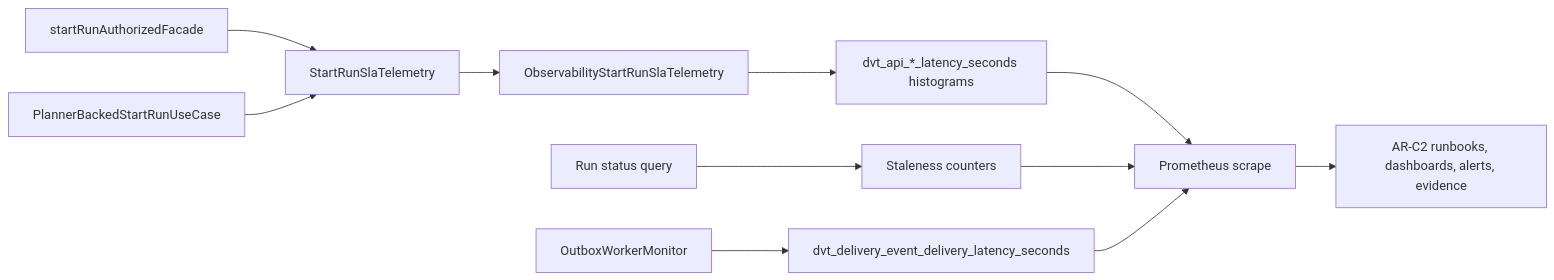
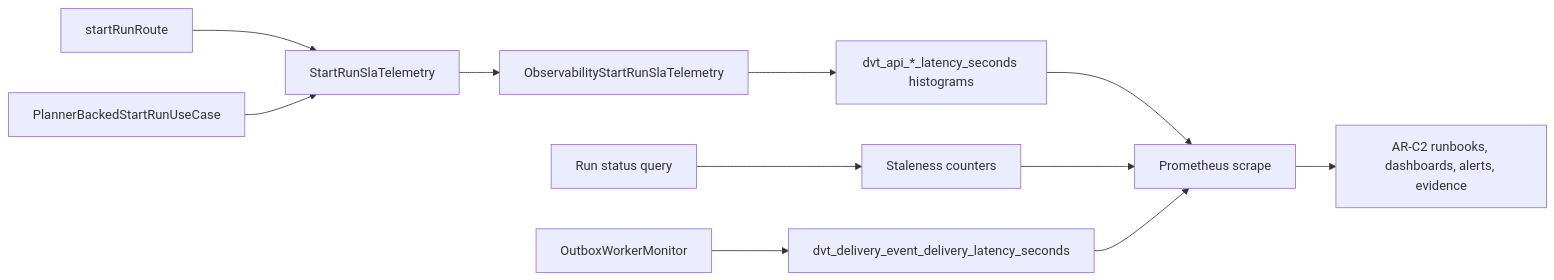
Before and after one commit to dunay2/dvt: the first of 2 diagrams in docs/architecture/components/engine/ops/ar-c2-prometheus-sla-component.md, drawn with Mermaid. The commit also changed 26 other files, not shown here.

Commit message:
refactor(api): Unify start run authorization path

````diff
--- a/docs/architecture/components/engine/ops/ar-c2-prometheus-sla-component.md
+++ b/docs/architecture/components/engine/ops/ar-c2-prometheus-sla-component.md
@@ -77,13 +77,13 @@
 ```mermaid
 flowchart LR
-  Facade["startRunAuthorizedFacade"] --> Port["StartRunSlaTelemetry"]
+  Route["startRunRoute"] --> Port["StartRunSlaTelemetry"]
   Planner["PlannerBackedStartRunUseCase"] --> Port
   Port --> ApiAdapter["ObservabilityStartRunSlaTelemetry"]
   ApiAdapter --> ApiHist["dvt_api_*_latency_seconds histograms"]
   Status["Run status query"] --> Fresh["Staleness counters"]
   Outbox["OutboxWorkerMonitor"] --> Delivery["dvt_delivery_event_delivery_latency_seconds"]
   ApiHist --> Prom["Prometheus scrape"]
   Fresh --> Prom
   Delivery --> Prom
   Prom --> Runbooks["AR-C2 runbooks, dashboards, alerts, evidence"]
 ```
````
